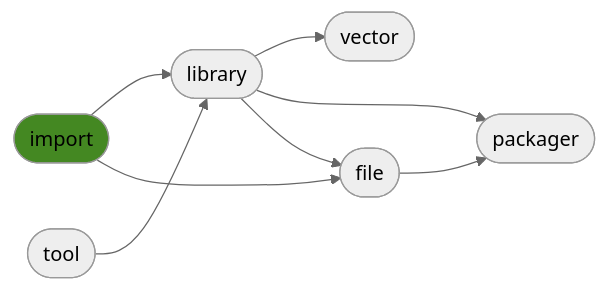
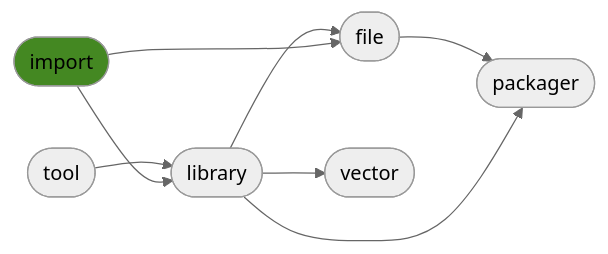
The diagram in README.md (ManderaGeneral/generalimport), drawn with Mermaid (neutral theme) before and after one commit. The commit also changed other lines of this file, not shown here.

````diff
--- a/README.md
+++ b/README.md
@@ -28,17 +28,17 @@
 ```mermaid
 flowchart LR
 3([file]) --> 5([packager])
+2([library]) --> 4([vector])
+2([library]) --> 5([packager])
 1([tool]) --> 2([library])
-2([library]) --> 4([vector])
-0([import]) --> 2([library])
-2([library]) --> 5([packager])
 2([library]) --> 3([file])
 0([import]) --> 3([file])
+0([import]) --> 2([library])
 click 0 "https://github.com/ManderaGeneral/generalimport"
 click 1 "https://github.com/ManderaGeneral/generaltool"
 click 2 "https://github.com/ManderaGeneral/generallibrary"
 click 3 "https://github.com/ManderaGeneral/generalfile"
 click 4 "https://github.com/ManderaGeneral/generalvector"
 click 5 "https://github.com/ManderaGeneral/generalpackager"
 style 0 fill:#482
 ```
````
